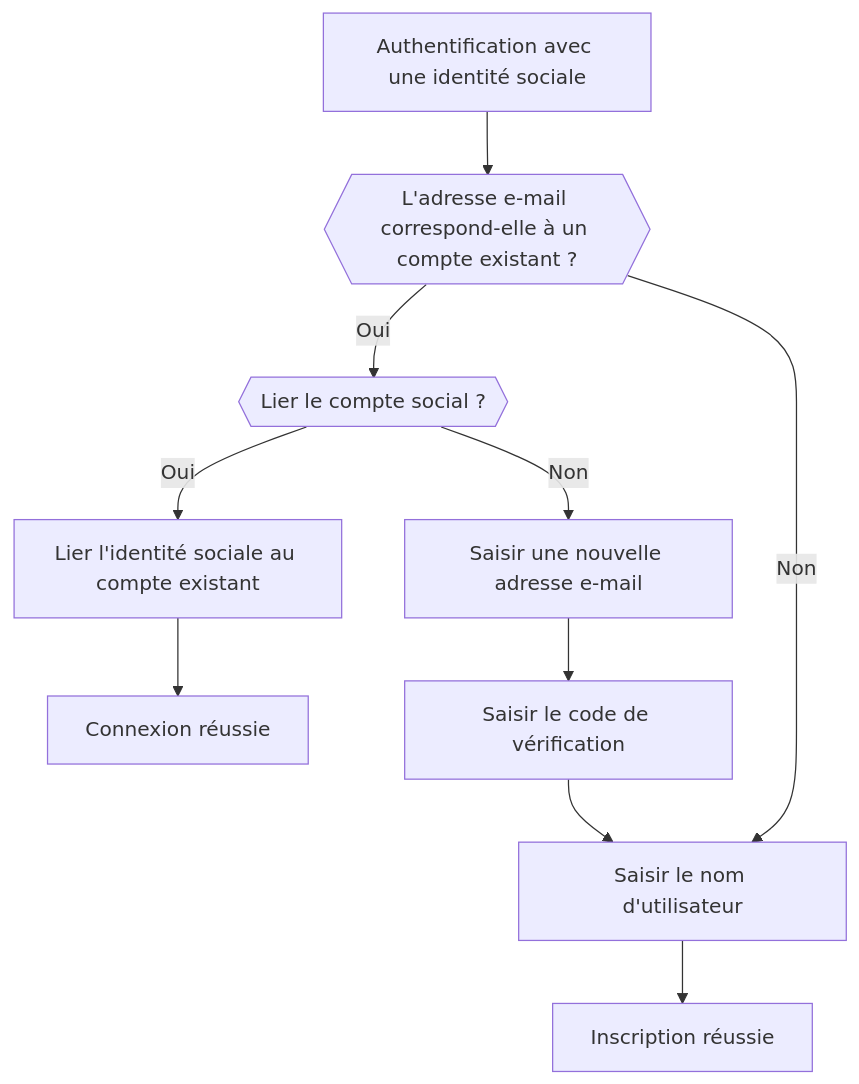
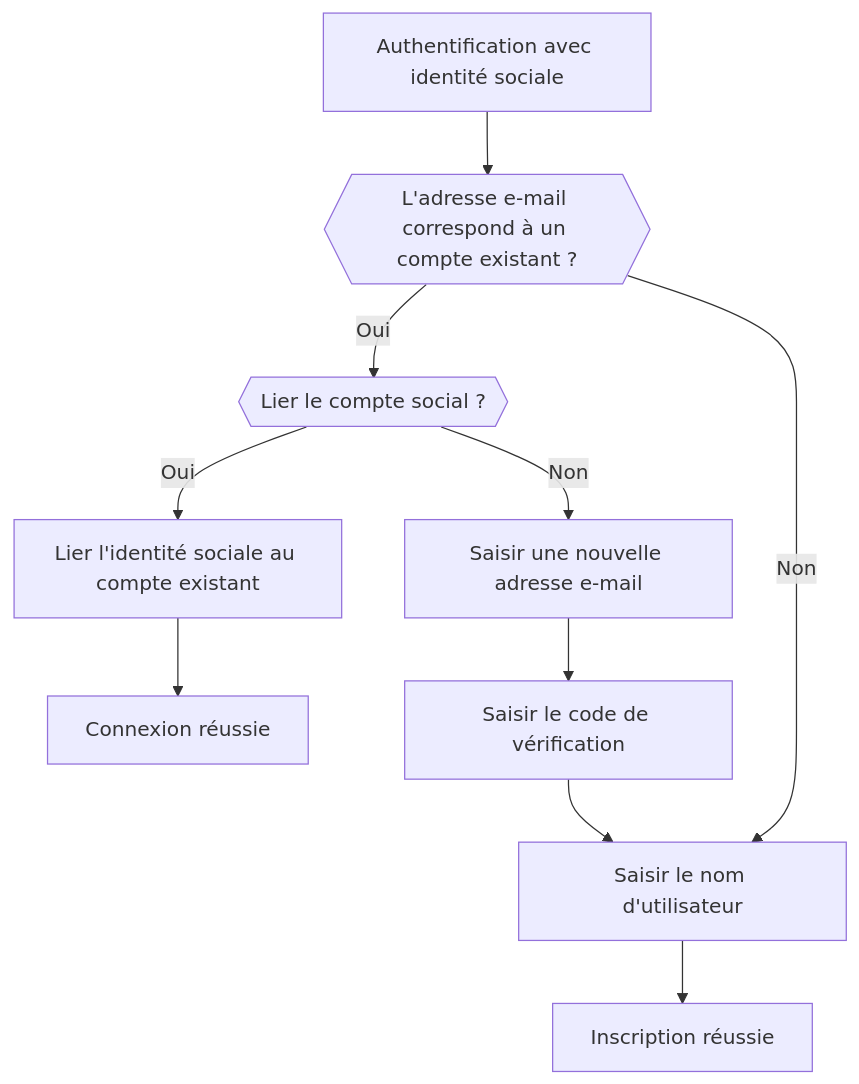
One commit to logto-io/docs changed the fifth of 6 diagrams in i18n/fr/docusaurus-plugin-content-docs/current/end-user-flows/sign-up-and-sign-in/social-sign-in.mdx. Above: the diagram before and after it, drawn with Mermaid. The commit also changed other lines of this file and 666 other files, not shown here.

````diff
--- a/i18n/fr/docusaurus-plugin-content-docs/current/end-user-flows/sign-up-and-sign-in/social-sign-in.mdx
+++ b/i18n/fr/docusaurus-plugin-content-docs/current/end-user-flows/sign-up-and-sign-in/social-sign-in.mdx
@@ -136,12 +136,12 @@
    ```mermaid
       flowchart TD
-       A[Authentification avec une identité sociale] --> B{{L'adresse e-mail correspond-elle à un compte existant ?}}
+       A[Authentification avec identité sociale] --> B{{L'adresse e-mail correspond à un compte existant ?}}
        B -- Oui --> C{{Lier le compte social ?}}
        C -- Oui --> D[Lier l'identité sociale au compte existant]
        D --> E[Connexion réussie]
        C -- Non --> F[Saisir une nouvelle adresse e-mail]
        F --> G[Saisir le code de vérification]
        G --> H[Saisir le nom d'utilisateur]
        H --> I[Inscription réussie]
        B -- Non --> H
    ```
````
